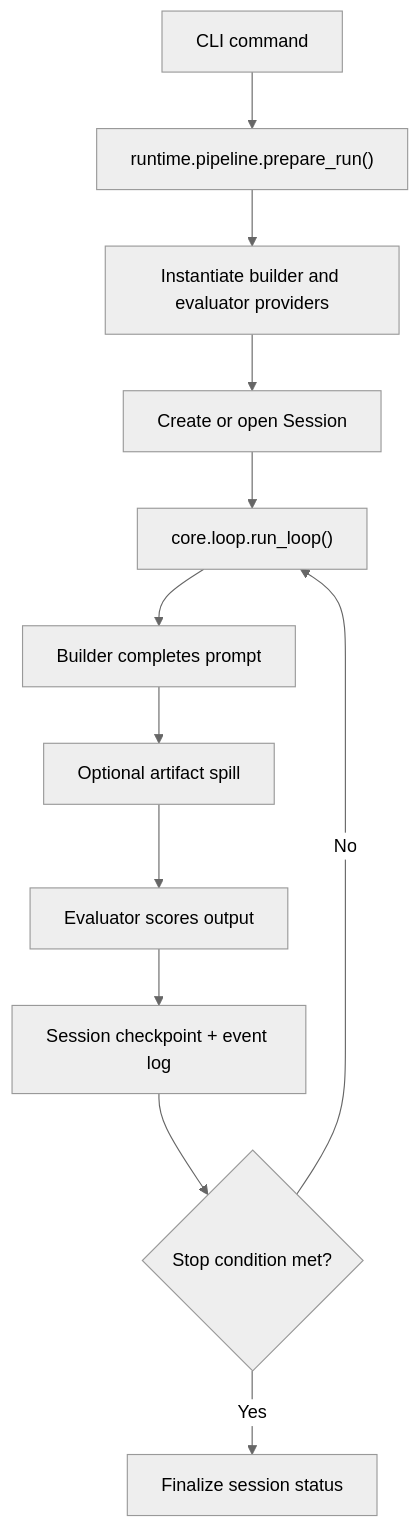
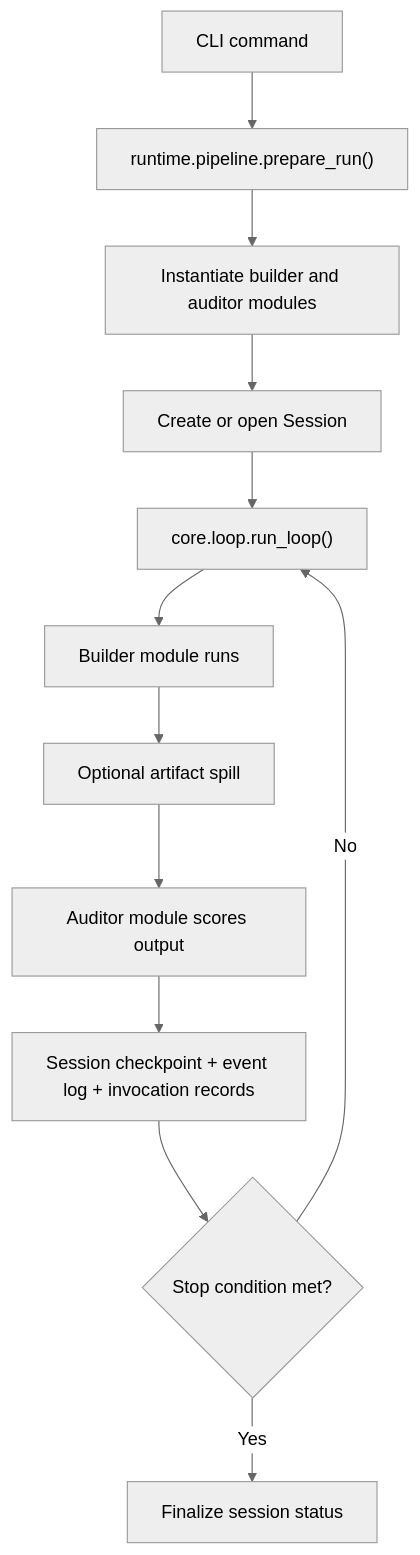
Before and after one commit to eemax/superteam: the diagram in docs/architecture.md, drawn with Mermaid (neutral theme). The commit also changed other lines of this file and 44 other files, not shown here.

Commit message:
Refactor providers into full modules

````diff
--- a/docs/architecture.md
+++ b/docs/architecture.md
@@ -27,14 +28,14 @@
 ```mermaid
 flowchart TD
     A["CLI command"] --> B["runtime.pipeline.prepare_run()"]
-    B --> C["Instantiate builder and evaluator providers"]
+    B --> C["Instantiate builder and auditor modules"]
     C --> D["Create or open Session"]
     D --> E["core.loop.run_loop()"]
-    E --> F["Builder completes prompt"]
+    E --> F["Builder module runs"]
     F --> G["Optional artifact spill"]
-    G --> H["Evaluator scores output"]
-    H --> I["Session checkpoint + event log"]
+    G --> H["Auditor module scores output"]
+    H --> I["Session checkpoint + event log + invocation records"]
     I --> J{"Stop condition met?"}
     J -- No --> E
     J -- Yes --> K["Finalize session status"]
 ```
````
